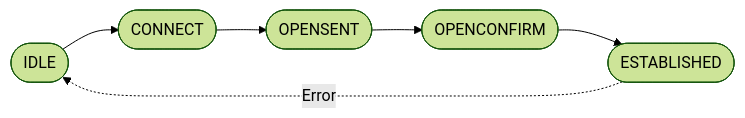
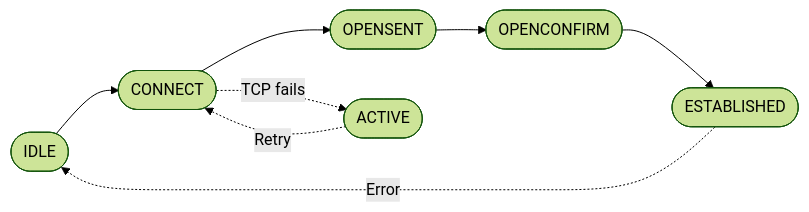
Before and after one commit to carlosm3011/training-workshops: the second of 2 diagrams in bgp-101-intro-for-operators/01-basic-concepts.md, drawn with Mermaid (forest theme). The commit also changed other lines of this file and 55 other files, not shown here.

````diff
--- a/bgp-101-intro-for-operators/01-basic-concepts.md
+++ b/bgp-101-intro-for-operators/01-basic-concepts.md
@@ -46,9 +41,11 @@
 ```mermaid {caption="High-Level BGP Session Lifecycle"}
 graph LR
     IDLE([IDLE]) --> CONNECT([CONNECT])
     CONNECT --> OPENSENT([OPENSENT])
+    CONNECT -.->|TCP fails| ACTIVE([ACTIVE])
+    ACTIVE -.->|Retry| CONNECT
     OPENSENT --> OPENCONFIRM([OPENCONFIRM])
     OPENCONFIRM --> ESTABLISHED([ESTABLISHED])
     
     ESTABLISHED -.->|Error| IDLE
 ```
````
